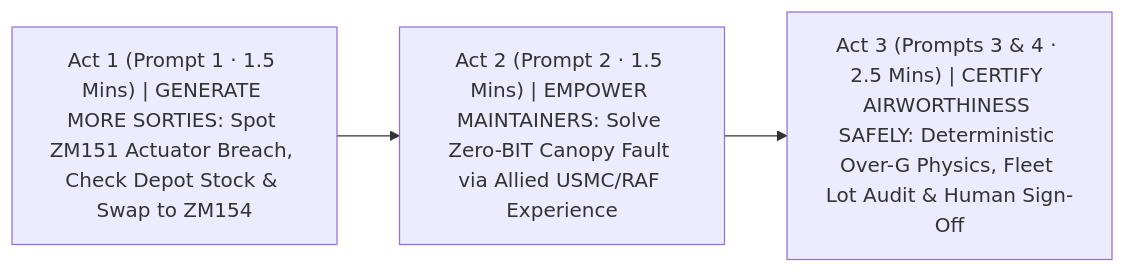
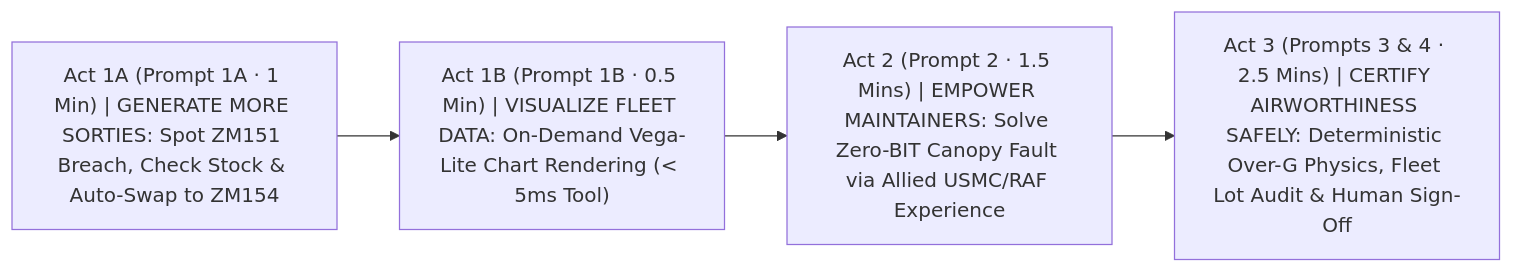
Before and after one commit to edwardsda-prog/f35: the first of 4 diagrams in DEMO_STORYBOARD.md, drawn with Mermaid. The commit also changed other lines of this file and 19 other files, not shown here.

Commit message:
fix(issues-1-8): resolve latency, two-turn vega-lite tool, authenticated URLs & production benchmarking (ISS-005)

````diff
--- a/DEMO_STORYBOARD.md
+++ b/DEMO_STORYBOARD.md
@@ -27,5 +28,6 @@
 ```mermaid
 flowchart LR
-    A1["Act 1 (Prompt 1 · 1.5 Mins) | GENERATE MORE SORTIES: Spot ZM151 Actuator Breach, Check Depot Stock & Swap to ZM154"] --> A2["Act 2 (Prompt 2 · 1.5 Mins) | EMPOWER MAINTAINERS: Solve Zero-BIT Canopy Fault via Allied USMC/RAF Experience"]
+    A1A["Act 1A (Prompt 1A · 1 Min) | GENERATE MORE SORTIES: Spot ZM151 Breach, Check Stock & Auto-Swap to ZM154"] --> A1B["Act 1B (Prompt 1B · 0.5 Min) | VISUALIZE FLEET DATA: On-Demand Vega-Lite Chart Rendering (< 5ms Tool)"]
+    A1B --> A2["Act 2 (Prompt 2 · 1.5 Mins) | EMPOWER MAINTAINERS: Solve Zero-BIT Canopy Fault via Allied USMC/RAF Experience"]
     A2 --> A3["Act 3 (Prompts 3 & 4 · 2.5 Mins) | CERTIFY AIRWORTHINESS SAFELY: Deterministic Over-G Physics, Fleet Lot Audit & Human Sign-Off"]
 ```
````
